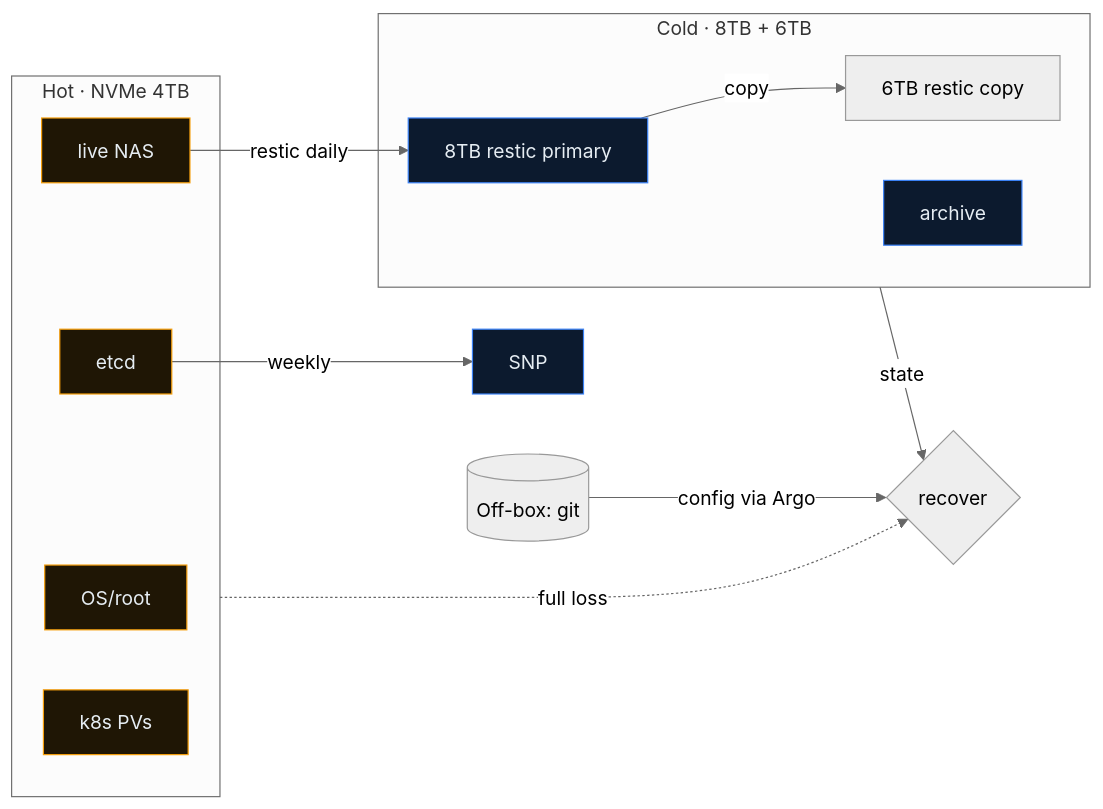
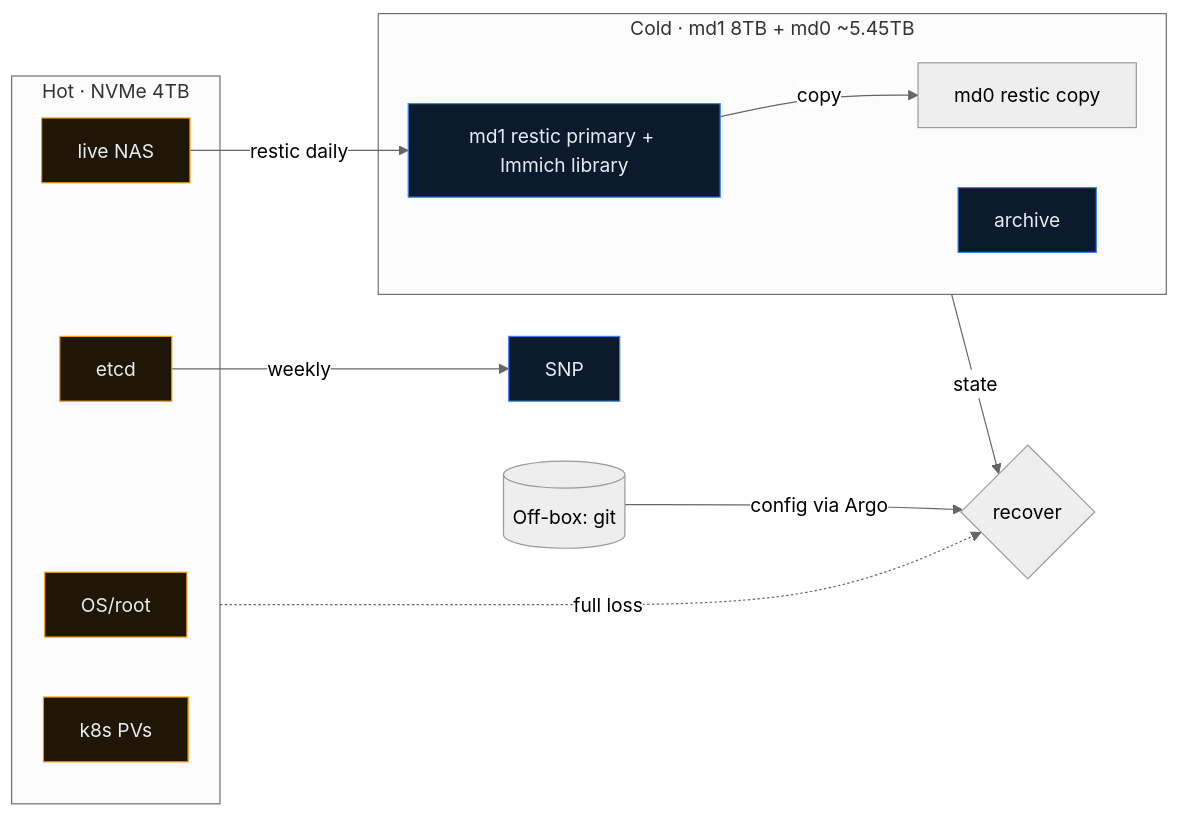
One commit to swares/HomeLab changed the third of 3 diagrams in docs/ARCHITECTURE.md. Above: the diagram before and after it, drawn with Mermaid (neutral theme). The commit also changed other lines of this file and 17 other files, not shown here.

````diff
--- a/docs/ARCHITECTURE.md
+++ b/docs/ARCHITECTURE.md
@@ -92,20 +92,20 @@
 ```mermaid
 flowchart LR
     subgraph HOT[Hot · NVMe 4TB]
       OS[OS/root]; ETCD[etcd]; NAS[live NAS]; PV[k8s PVs]
     end
-    subgraph COLD[Cold · 8TB + 6TB]
-      RES[8TB restic primary]; CP[6TB restic copy]; ARC[archive]
+    subgraph COLD[Cold · md1 8TB + md0 ~5.45TB]
+      RES[md1 restic primary + Immich library]; CP[md0 restic copy]; ARC[archive]
     end
     RES -->|copy| CP
     GIT[(Off-box: git)]
     NAS -->|restic daily| RES
     ETCD -->|weekly| SNP
     HOT -.full loss.-> REC{recover}
     COLD -->|state| REC
     GIT -->|config via Argo| REC
     classDef h fill:#1f1605,stroke:#f59e0b,color:#e6edf3;
     classDef c fill:#0c1a2e,stroke:#3b82f6,color:#e6edf3;
     class OS,ETCD,NAS,PV h;
     class RES,SNP,ARC c;
 ```
````
